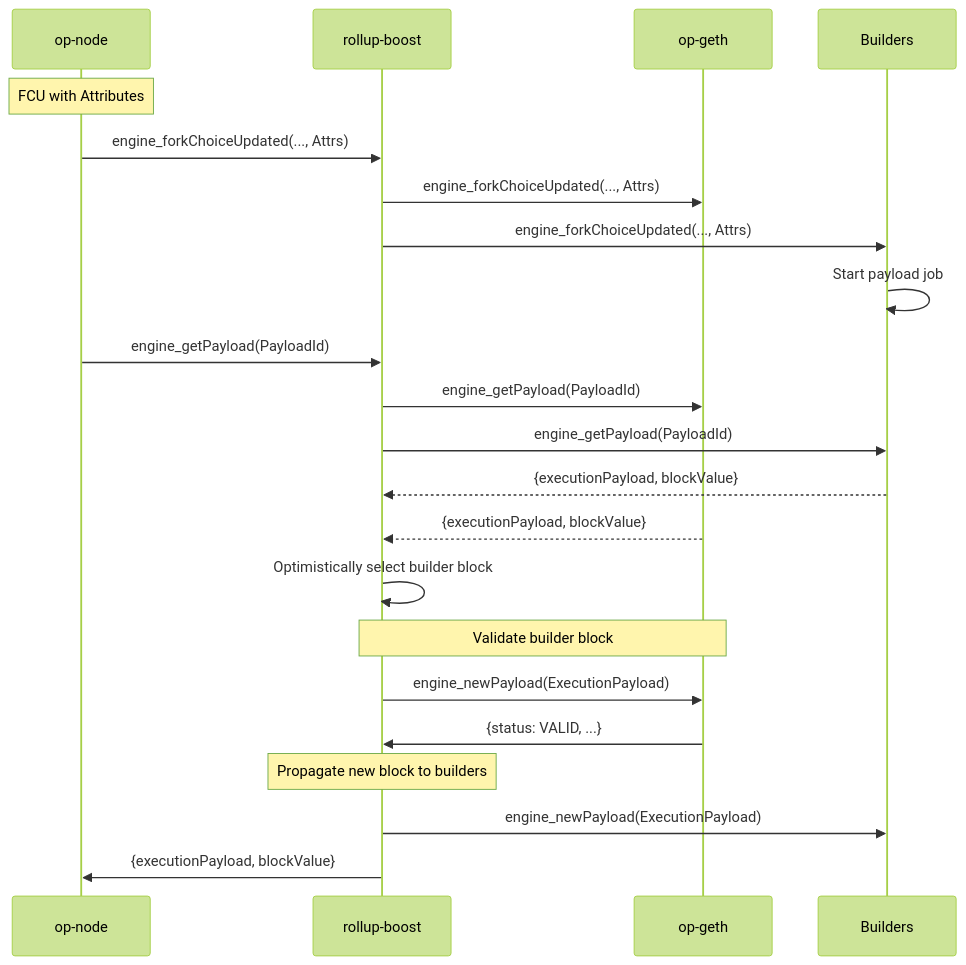
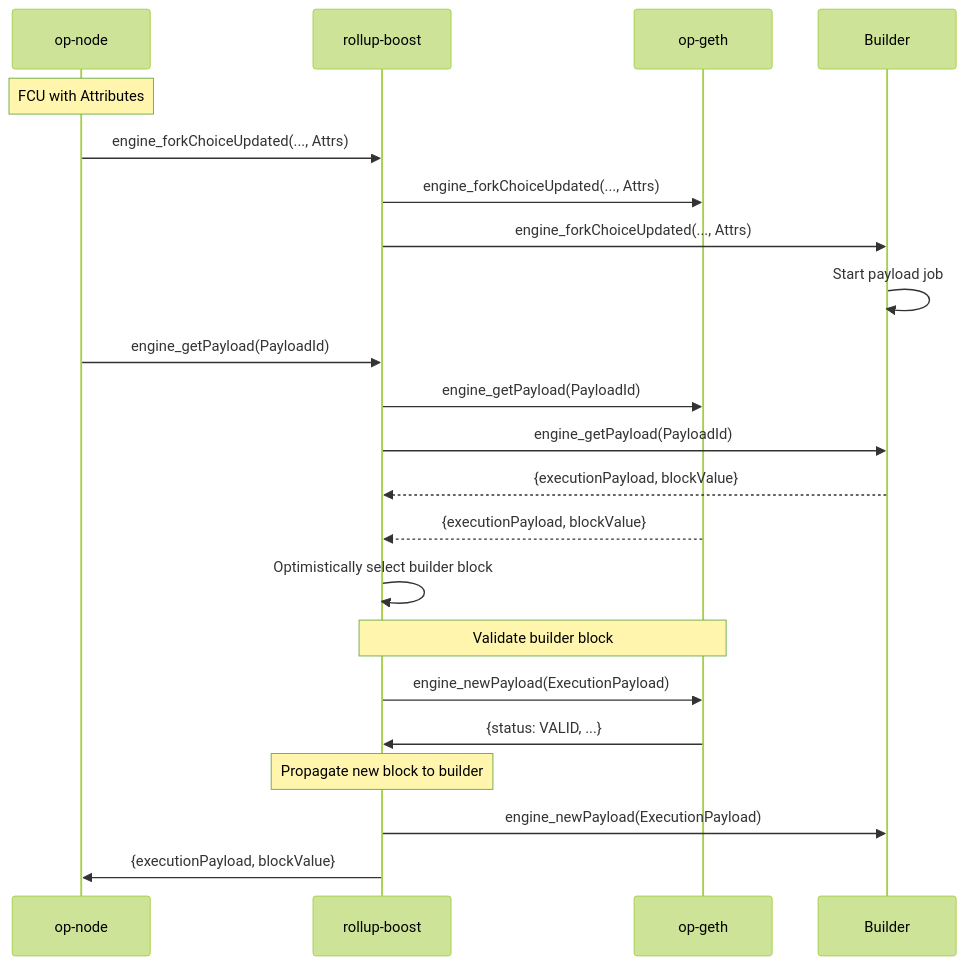
The first of 3 diagrams in docs/rollup-boost-ha.md (flashbots/rollup-boost), drawn with Mermaid (forest theme) before and after one commit.

````diff
--- a/docs/rollup-boost-ha.md
+++ b/docs/rollup-boost-ha.md
@@ -57,37 +57,37 @@
 ```mermaid
 sequenceDiagram
     participant CL as op-node
     participant RB as rollup-boost
     participant EL as op-geth
-    participant B as Builders
+    participant B as Builder
 
     %% FCU forwarded with payload attrs
     Note over CL: FCU with Attributes
     CL->>RB: engine_forkChoiceUpdated(..., Attrs)
     RB->>EL: engine_forkChoiceUpdated(..., Attrs)
     RB->>B: engine_forkChoiceUpdated(..., Attrs)
     B->>B: Start payload job
 
     %% get_payload from builders
     CL->>RB: engine_getPayload(PayloadId)
     RB->>EL: engine_getPayload(PayloadId)
     RB->>B: engine_getPayload(PayloadId)
     B-->>RB: {executionPayload, blockValue}
     EL-->>RB: {executionPayload, blockValue}
 
     %% block selection policy
     RB->>RB: Optimistically select builder block 
 
     %% Validate best payload
     Note over RB, EL: Validate builder block
     RB->>EL: engine_newPayload(ExecutionPayload)
     EL->>RB: {status: VALID, ...}
 
     %% Propagate block to builders
-    Note over RB: Propagate new block to builders
+    Note over RB: Propagate new block to builder
     RB->>B: engine_newPayload(ExecutionPayload)
 
     %% Return final payload to op-node
     RB->>CL: {executionPayload, blockValue}
 
 ```
````
